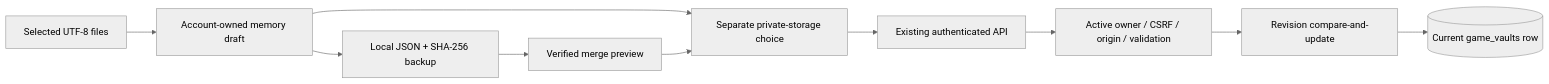
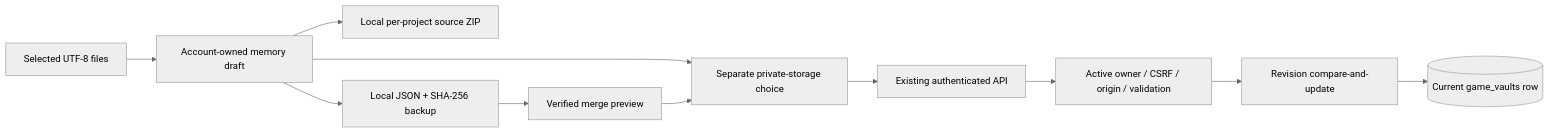
The diagram in docs/ecogames/VAULT_STUDIO.md (konyahphilip-byte/life-of-kings), drawn with Mermaid (neutral theme) before and after one commit. The commit also changed other lines of this file and 11 other files, not shown here.

````diff
--- a/docs/ecogames/VAULT_STUDIO.md
+++ b/docs/ecogames/VAULT_STUDIO.md
@@ -16,12 +16,13 @@
 ```mermaid
 flowchart LR
   Picker[Selected UTF-8 files] --> Draft[Account-owned memory draft]
   Draft --> Consent[Separate private-storage choice]
   Consent --> API[Existing authenticated API]
   API --> Owner[Active owner / CSRF / origin / validation]
   Owner --> CAS[Revision compare-and-update]
   CAS --> Current[(Current game_vaults row)]
+  Draft --> SourceZIP[Local per-project source ZIP]
   Draft --> Backup[Local JSON + SHA-256 backup]
   Backup --> Preview[Verified merge preview]
   Preview --> Consent
 ```
````
